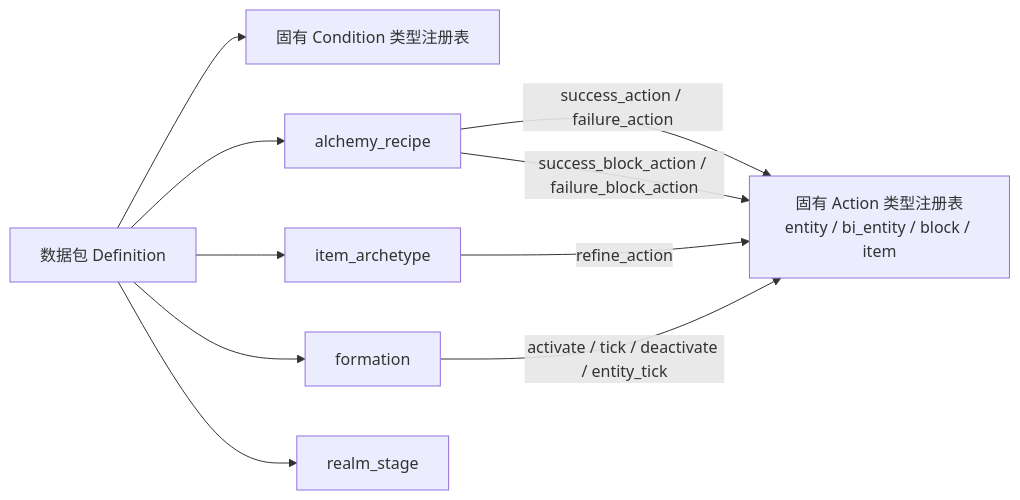
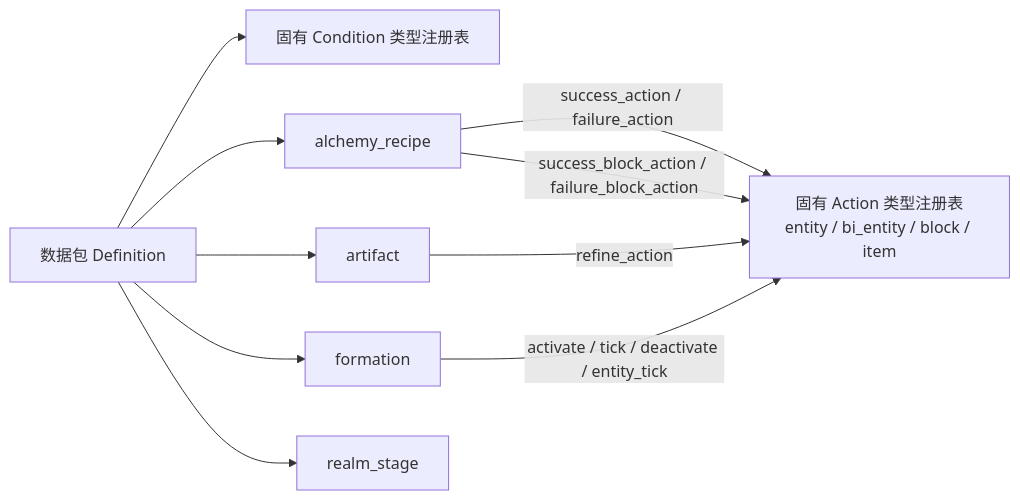
The diagram in research/11_注册表结构与引用关系图.md (Nova-Committee/MiXianTu), drawn with Mermaid before and after one commit. The commit also changed 74 other files, not shown here.

````diff
--- a/research/11_注册表结构与引用关系图.md
+++ b/research/11_注册表结构与引用关系图.md
@@ -3,19 +3,19 @@
 ```mermaid
 flowchart LR
   ACTION[固有 Action 类型注册表\nentity / bi_entity / block / item]
   CONDITION[固有 Condition 类型注册表]
   DATA[数据包 Definition]
   ALC[alchemy_recipe]
-  ART[item_archetype]
+  ART[artifact]
   FORM[formation]
   REALM[realm_stage]
   DATA --> ALC
   DATA --> ART
   DATA --> FORM
   DATA --> REALM
   ALC -->|success_action / failure_action| ACTION
   ALC -->|success_block_action / failure_block_action| ACTION
   ART -->|refine_action| ACTION
   FORM -->|activate / tick / deactivate / entity_tick| ACTION
   DATA --> CONDITION
 ```
````
